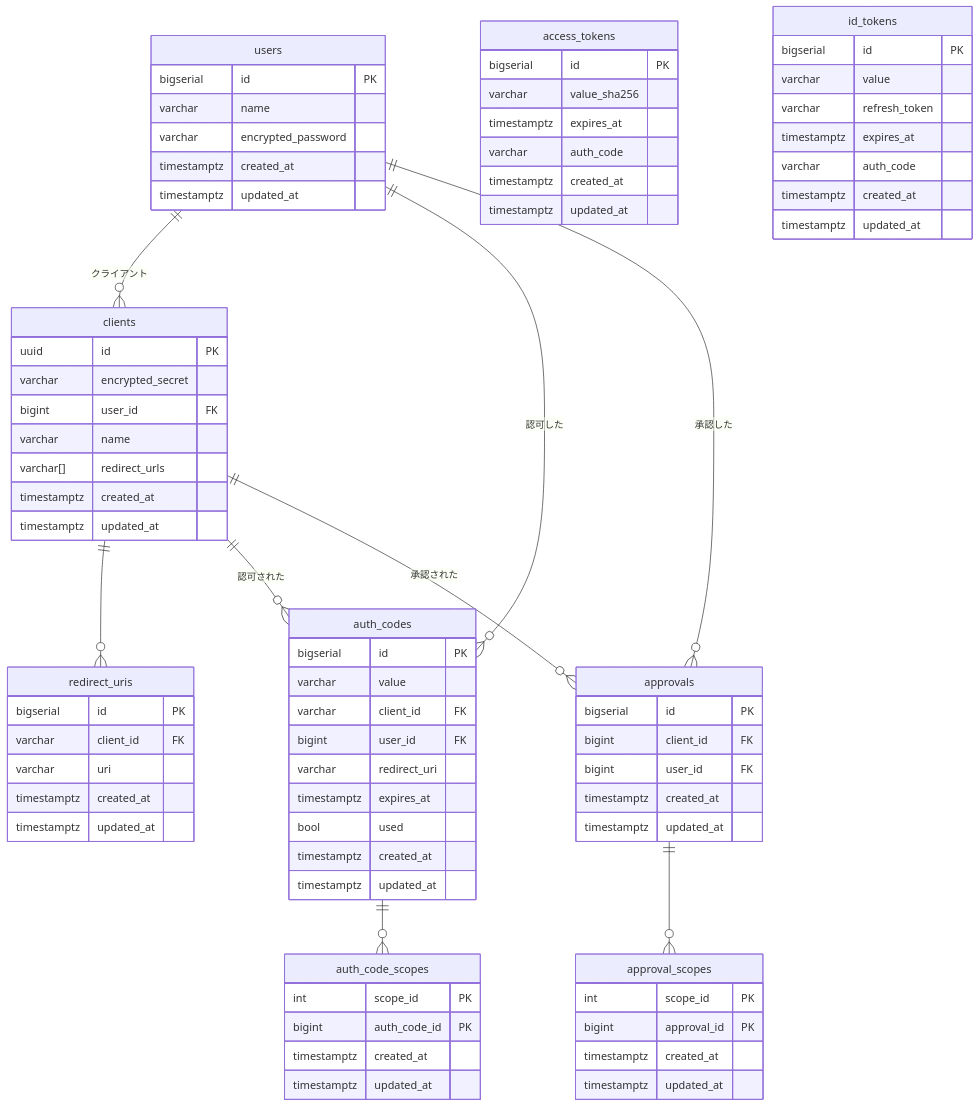
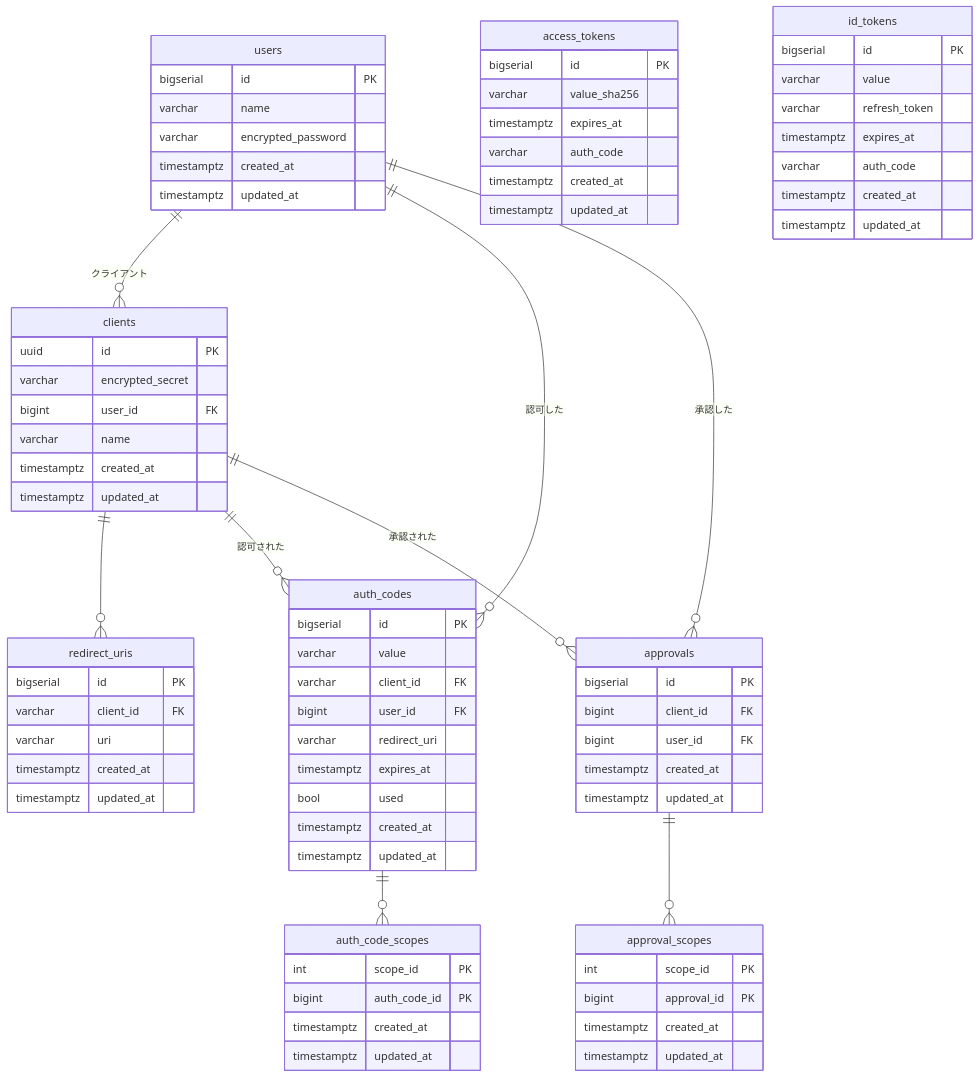
Before and after one commit to piny940/auth: the diagram in docs/er.md, drawn with Mermaid. The commit also changed 10 other files, not shown here.

```diff
--- a/docs/er.md
+++ b/docs/er.md
@@ -22,7 +22,6 @@
     varchar encrypted_secret
     bigint user_id FK
     varchar name
-    varchar[] redirect_urls
     timestamptz created_at
     timestamptz updated_at
   }
```
